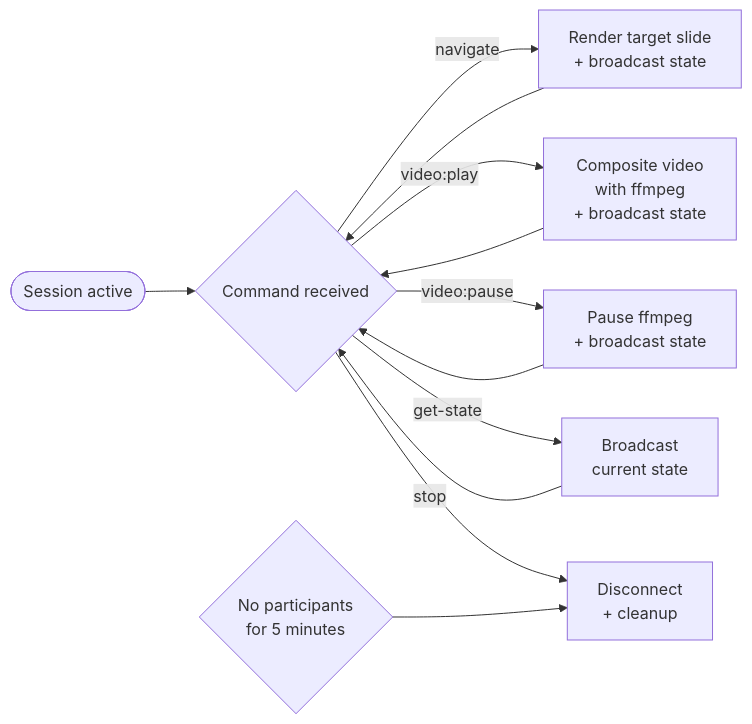
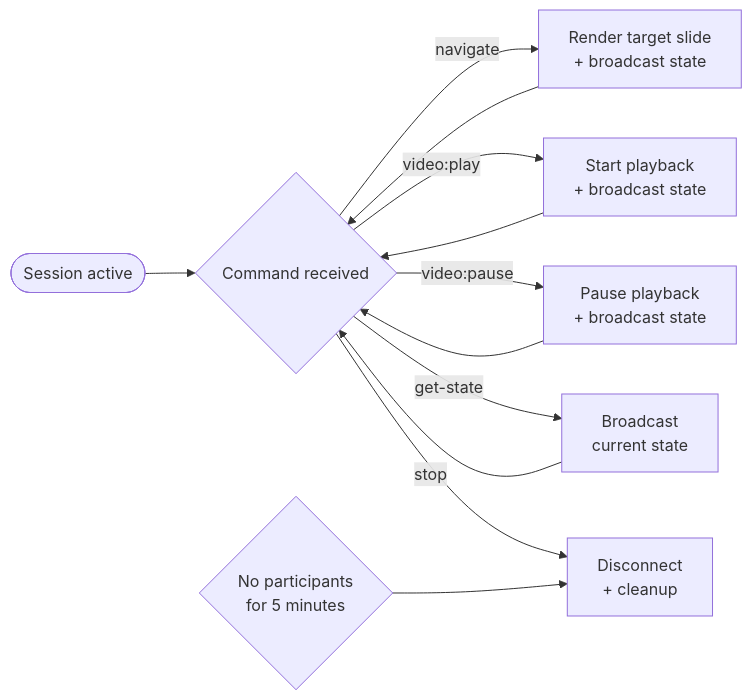
One commit to decentraland/cast-presenter-server changed the third of 3 diagrams in docs/architecture.md. Above: the diagram before and after it, drawn with Mermaid. The commit also changed other lines of this file and 46 other files, not shown here.

````diff
--- a/docs/architecture.md
+++ b/docs/architecture.md
@@ -71,17 +71,17 @@
 ```mermaid
 flowchart LR
     A(["Session active"]) --> B{"Command received"}
 
     B -- navigate --> C["Render target slide\n+ broadcast state"]
-    B -- "video:play" --> D["Composite video\nwith ffmpeg\n+ broadcast state"]
-    B -- "video:pause" --> E["Pause ffmpeg\n+ broadcast state"]
+    B -- "video:play" --> D["Start playback\n+ broadcast state"]
+    B -- "video:pause" --> E["Pause playback\n+ broadcast state"]
     B -- get-state --> F["Broadcast\ncurrent state"]
     B -- stop --> G["Disconnect\n+ cleanup"]
 
     C --> B
     D --> B
     E --> B
     F --> B
 
     H{"No participants\nfor 5 minutes"} --> G
 ```
````
